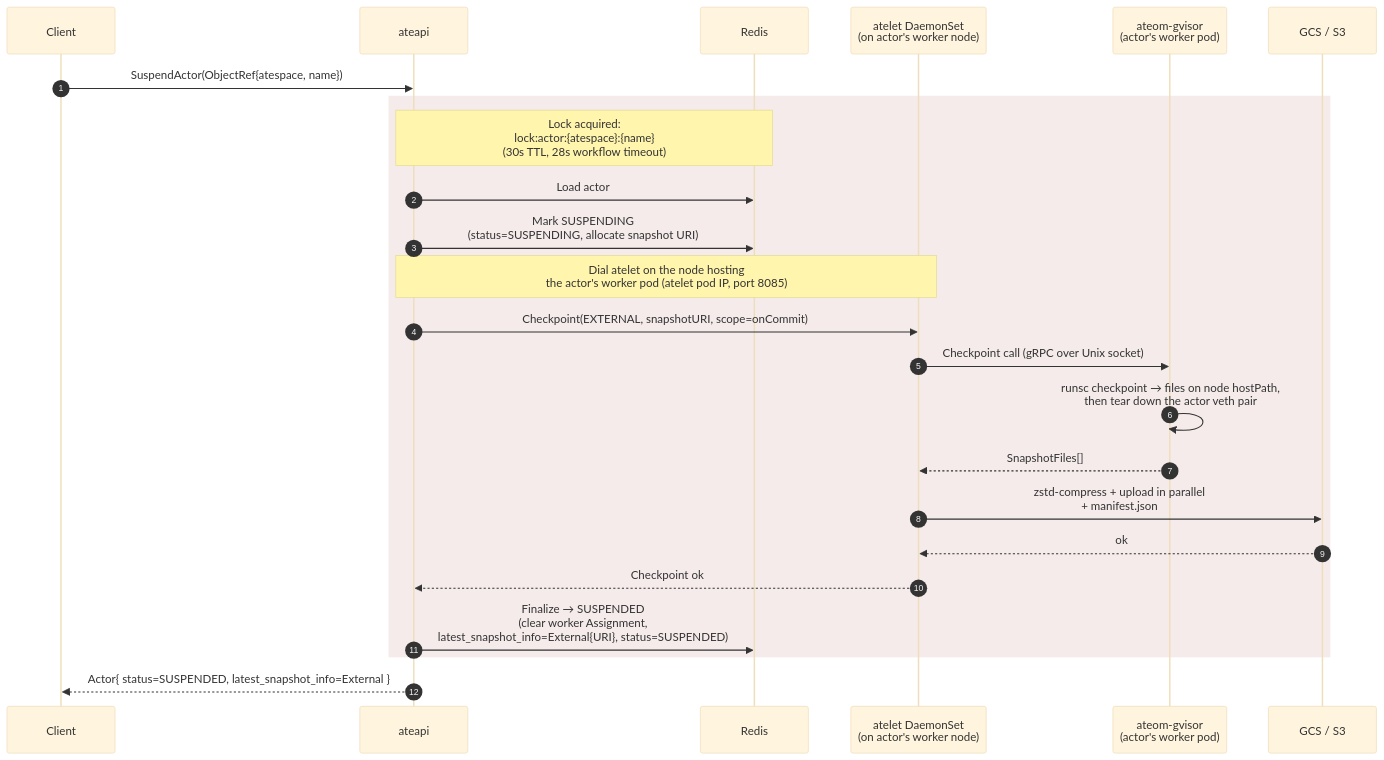
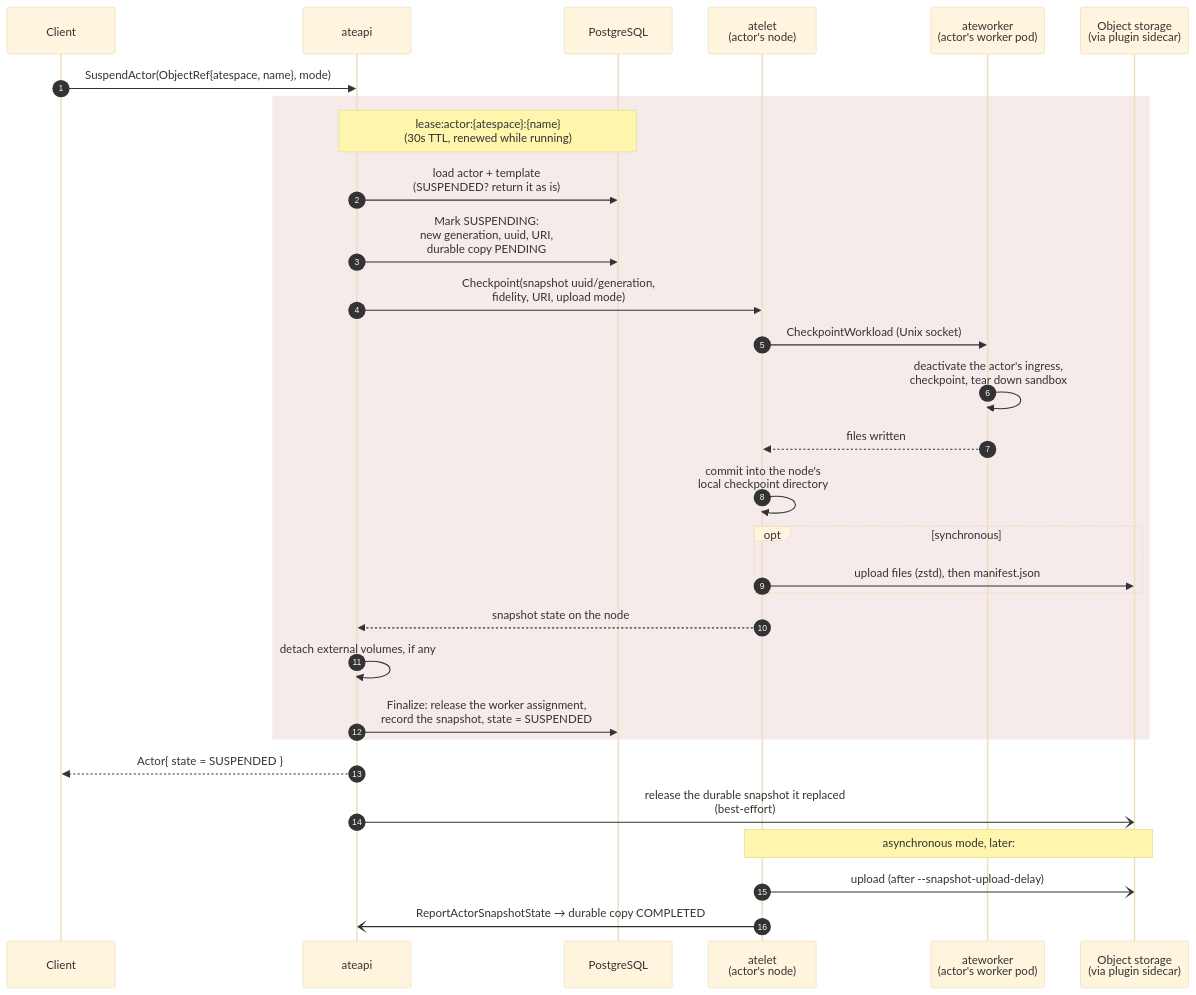
The diagram in atlas/src/content/docs/flows/suspend-actor.mdx (christian-posta/substrate), drawn with Mermaid (base theme) before and after one commit. The commit also changed other lines of this file and 34 other files, not shown here.

````diff
--- a/atlas/src/content/docs/flows/suspend-actor.mdx
+++ b/atlas/src/content/docs/flows/suspend-actor.mdx
@@ -27,32 +30,38 @@
 ```mermaid
 sequenceDiagram
   autonumber
   participant C as Client
   participant A as ateapi
-  participant R as Redis
-  participant L as atelet DaemonSet<br/>(on actor's worker node)
-  participant O as ateom-gvisor<br/>(actor's worker pod)
-  participant G as GCS / S3
+  participant DB as PostgreSQL
+  participant L as atelet<br/>(actor's node)
+  participant O as ateworker<br/>(actor's worker pod)
+  participant OS as Object storage<br/>(via plugin sidecar)
 
-  C->>A: SuspendActor(ObjectRef{atespace, name})
+  C->>A: SuspendActor(ObjectRef{atespace, name}, mode)
 
   rect rgb(245,235,235)
-    Note over A,R: Lock acquired:<br/>lock:actor:{atespace}:{name}<br/>(30s TTL, 28s workflow timeout)
+    Note over A,DB: lease:actor:{atespace}:{name}<br/>(30s TTL, renewed while running)
+    A->>DB: load actor + template<br/>(SUSPENDED? return it as is)
+    A->>DB: Mark SUSPENDING:<br/>new generation, uuid, URI,<br/>durable copy PENDING
 
-    A->>R: Load actor
-    A->>R: Mark SUSPENDING<br/>(status=SUSPENDING, allocate snapshot URI)
+    A->>L: Checkpoint(snapshot uuid/generation,<br/>fidelity, URI, upload mode)
+    L->>O: CheckpointWorkload (Unix socket)
+    O->>O: deactivate the actor's ingress,<br/>checkpoint, tear down sandbox
+    O-->>L: files written
+    L->>L: commit into the node's<br/>local checkpoint directory
+    opt synchronous
+      L->>OS: upload files (zstd), then manifest.json
+    end
+    L-->>A: snapshot state on the node
 
-    Note over A,L: Dial atelet on the node hosting<br/>the actor's worker pod (atelet pod IP, port 8085)
-    A->>L: Checkpoint(EXTERNAL, snapshotURI, scope=onCommit)
-    L->>O: Checkpoint call (gRPC over Unix socket)
-    O->>O: runsc checkpoint → files on node hostPath,<br/>then tear down the actor veth pair
-    O-->>L: SnapshotFiles[]
-    L->>G: zstd-compress + upload in parallel<br/>+ manifest.json
-    G-->>L: ok
-    L-->>A: Checkpoint ok
-
-    A->>R: Finalize → SUSPENDED<br/>(clear worker Assignment,<br/>latest_snapshot_info=External{URI}, status=SUSPENDED)
+    A->>A: detach external volumes, if any
+    A->>DB: Finalize: release the worker assignment,<br/>record the snapshot, state = SUSPENDED
   end
 
-  A-->>C: Actor{ status=SUSPENDED, latest_snapshot_info=External }
+  A-->>C: Actor{ state = SUSPENDED }
+  A-)OS: release the durable snapshot it replaced<br/>(best-effort)
+
+  Note over L,OS: asynchronous mode, later:
+  L-)OS: upload (after --snapshot-upload-delay)
+  L-)A: ReportActorSnapshotState → durable copy COMPLETED
 ```
````
